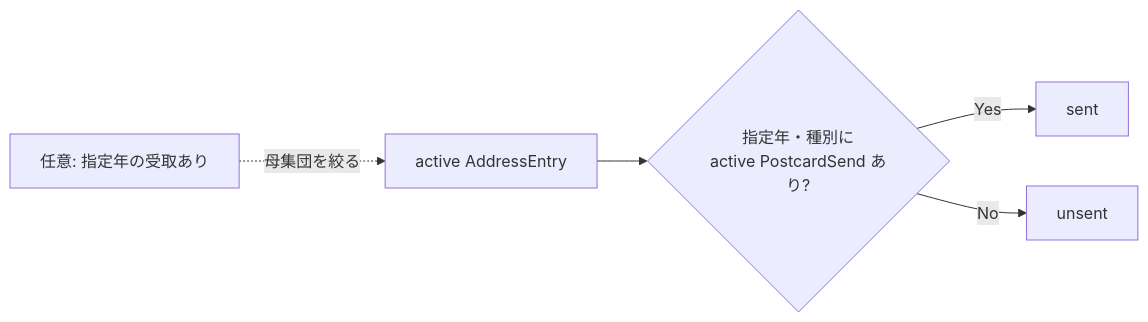
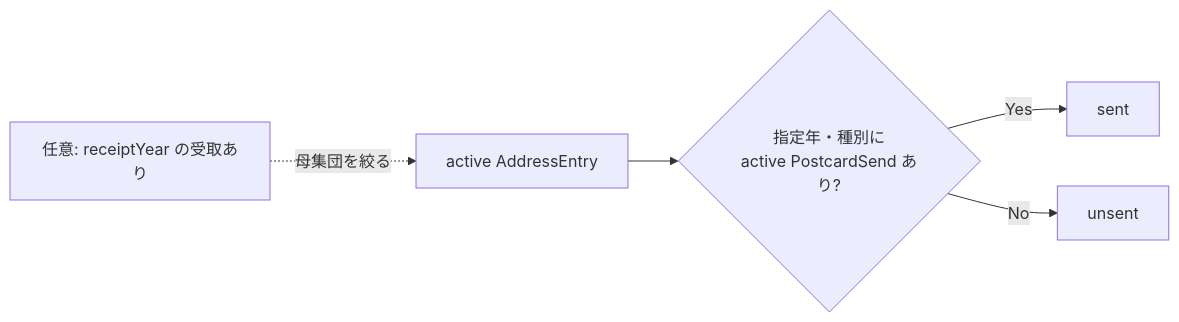
The first of 3 diagrams in docs/design/postcard-send-v1-design.md (topea-3/craft-post-app), drawn with Mermaid before and after one commit. The commit also changed other lines of this file and 7 other files, not shown here.

````diff
--- a/docs/design/postcard-send-v1-design.md
+++ b/docs/design/postcard-send-v1-design.md
@@ -184,7 +196,7 @@
 ```mermaid
 flowchart LR
   A[active AddressEntry] --> B{指定年・種別に<br/>active PostcardSend あり?}
   B -->|Yes| C[sent]
   B -->|No| D[unsent]
-  E[任意: 指定年の受取あり] -.->|母集団を絞る| A
+  E[任意: receiptYear の受取あり] -.->|母集団を絞る| A
 ```
````
